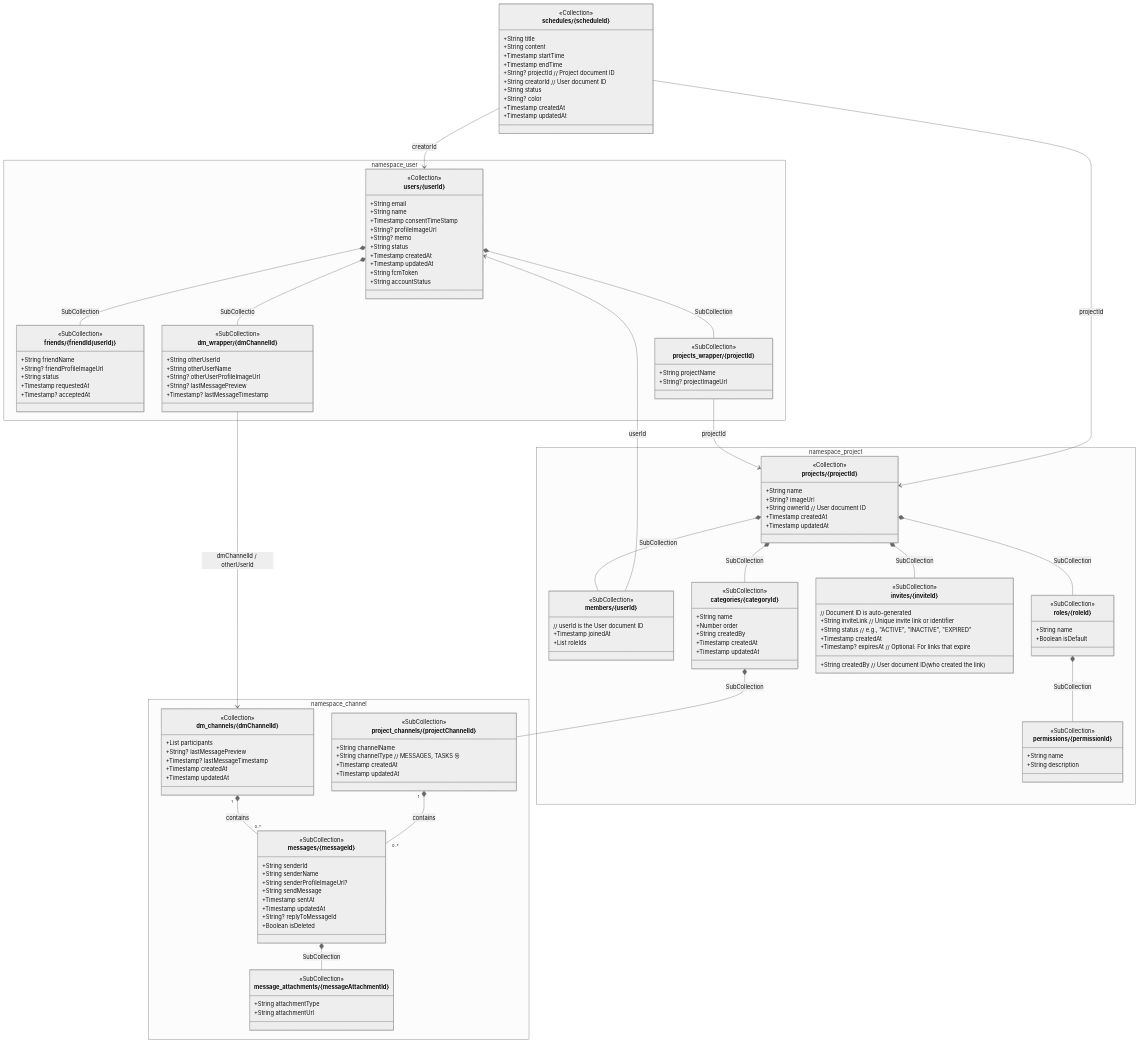
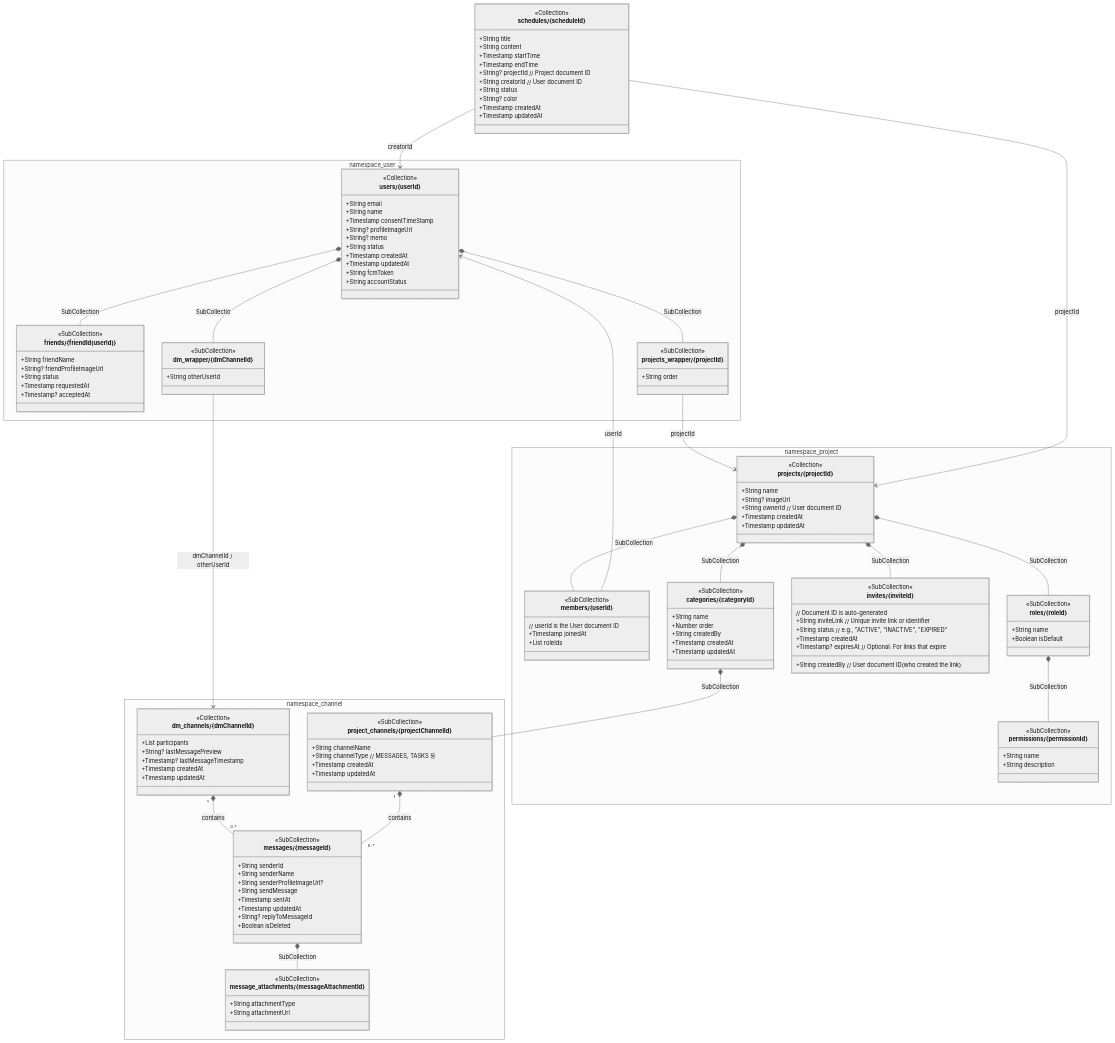
One commit to sangyeons57/TPPPK changed the diagram in .diagrams/erDiagram.mmd. Above: the diagram before and after it, drawn with Mermaid (neutral theme). The commit also changed 68 other files, not shown here.

```diff
--- a/.diagrams/erDiagram.mmd
+++ b/.diagrams/erDiagram.mmd
@@ -1,174 +1,169 @@
 classDiagram
     %% StructureItem Path: projects/{projectId}/structure_items/{structureItemId}
     %% StructureItem can also be nested: projects/{projectId}/structure_items/{parentId}/structure_items/{childId}
 
     namespace namespace_user {
         class User["users/{userId}"] {
             <<Collection>>
             +String email
             +String name
             +Timestamp consentTimeStamp
             +String? profileImageUrl
             +String? memo
             +String status
             +Timestamp createdAt
             +Timestamp updatedAt
             +String fcmToken
             +String accountStatus
         }
 
         class Friend["friends/{friendId(userId)}"] {
             <<SubCollection>>
             +String friendName
             +String? friendProfileImageUrl
             +String status
             +Timestamp requestedAt
             +Timestamp? acceptedAt
         }
 
         class DMWrapper["dm_wrapper/{dmChannelId}"] {
             <<SubCollection>>
             +String otherUserId
-            +String otherUserName
-            +String? otherUserProfileImageUrl
-            +String? lastMessagePreview
-            +Timestamp? lastMessageTimestamp 
         }
 
         class ProjectsWrapper["projects_wrapper/{projectId}"] {
             <<SubCollection>>
-            +String projectName
-            +String? projectImageUrl
+            +String order
         }
 
     }
 
     namespace namespace_channel {
         class DMChannel["dm_channels/{dmChannelId}"] {
             <<Collection>>
             +List<String> participants
             +String? lastMessagePreview
             +Timestamp? lastMessageTimestamp
             +Timestamp createdAt
             +Timestamp updatedAt
         }
 
         class ProjectChannel["project_channels/{projectChannelId}"] {
             <<SubCollection>>
             +String channelName
             +String channelType // MESSAGES, TASKS 등
             +Timestamp createdAt
             +Timestamp updatedAt
         }
 
         class Message["messages/{messageId}"] {
             <<SubCollection>>
             +String senderId
             +String senderName
             +String senderProfileImageUrl?
             +String sendMessage
             +Timestamp sentAt
             +Timestamp updatedAt
             +String? replyToMessageId
             +Boolean isDeleted
         }
 
         class MessageAttachment["message_attachments/{messageAttachmentId}"] {
             <<SubCollection>>
             +String attachmentType
             +String attachmentUrl
         }
     }
 
     namespace namespace_project {
         class Project["projects/{projectId}"] {
             <<Collection>>
             +String name
             +String? imageUrl
             +String ownerId // User document ID
             +Timestamp createdAt
             +Timestamp updatedAt
         }
 
 
         class Members["members/{userId}"] {
             <<SubCollection>>
             // userId is the User document ID
             +Timestamp joinedAt
             +List<String> roleIds
         }
 
         class Role["roles/{roleId}"] {
             <<SubCollection>>
             +String name
             +Boolean isDefault
         }
 
         class Permission["permissions/{permissionId}"] {
             <<SubCollection>>
             +String name
             +String description
         }
 
         class Invite["invites/{inviteId}"] {
             <<SubCollection>>
             // Document ID is auto-generated
             +String inviteLink // Unique invite link or identifier
             +String status // e.g., "ACTIVE", "INACTIVE", "EXPIRED"
             +String createdBy // User document ID (who created the link)
             +Timestamp createdAt
             +Timestamp? expiresAt // Optional: For links that expire
         }
 
         class Category["categories/{categoryId}"] {
             <<SubCollection>>
             +String name
             +Number order
             +String createdBy
             +Timestamp createdAt
             +Timestamp updatedAt
         }
 
     }
 
 
     class Schedule["schedules/{scheduleId}"] {
         <<Collection>>
         +String title
         +String content
         +Timestamp startTime
         +Timestamp endTime
         +String? projectId // Project document ID
         +String creatorId // User document ID
         +String status
         +String? color
         +Timestamp createdAt
         +Timestamp updatedAt
     }
 
     User *-- Friend : SubCollection
     User *-- ProjectsWrapper : SubCollection
     User *-- DMWrapper : SubCollectio
 
     ProjectsWrapper --> Project : projectId
     DMWrapper --> DMChannel : dmChannelId / otherUserId
 
     Message *-- MessageAttachment : SubCollection
     DMChannel "1" *-- "0..*" Message : contains
     ProjectChannel "1" *-- "0..*" Message : contains
 
     Role *-- Permission : SubCollection
 
 
     Project *-- Members : SubCollection
     Project *-- Role : SubCollection
     Project *-- Invite : SubCollection
     Project *-- Category : SubCollection
     Category *-- ProjectChannel : SubCollection 
 
 
     Schedule --> User : creatorId
     Schedule --> Project : projectId
 
 
     Members --> User : userId
```
